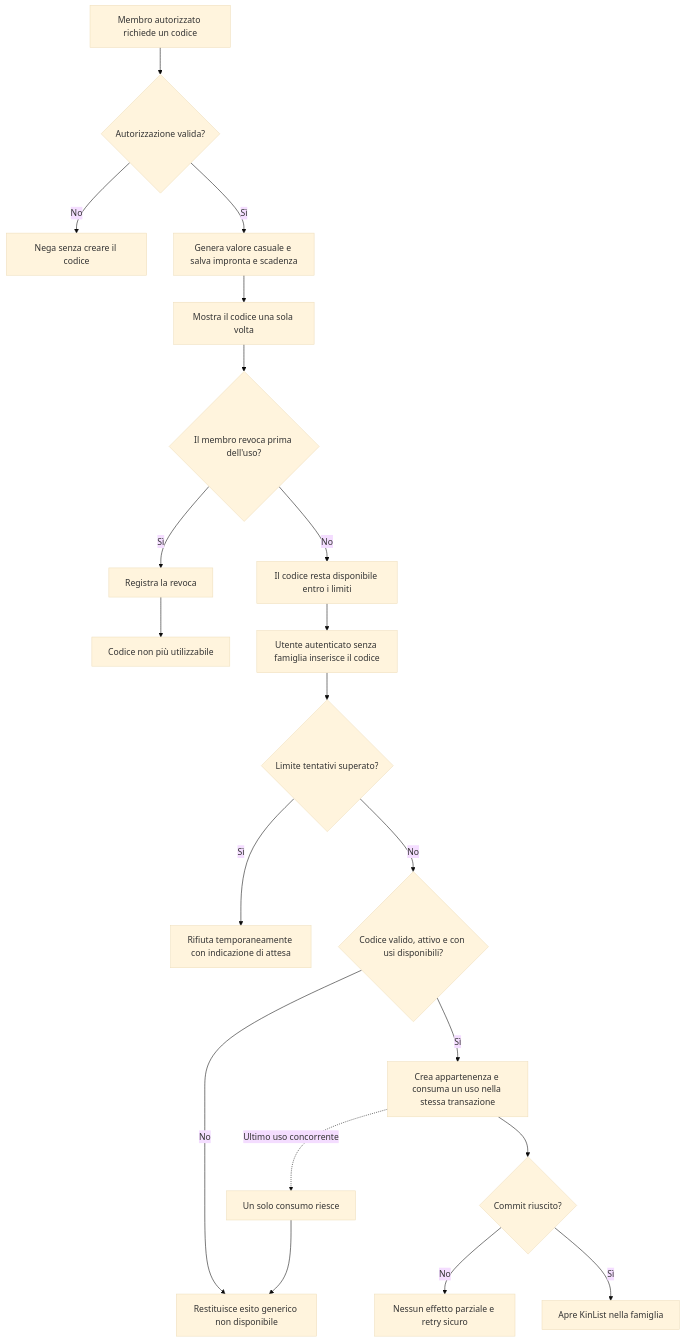
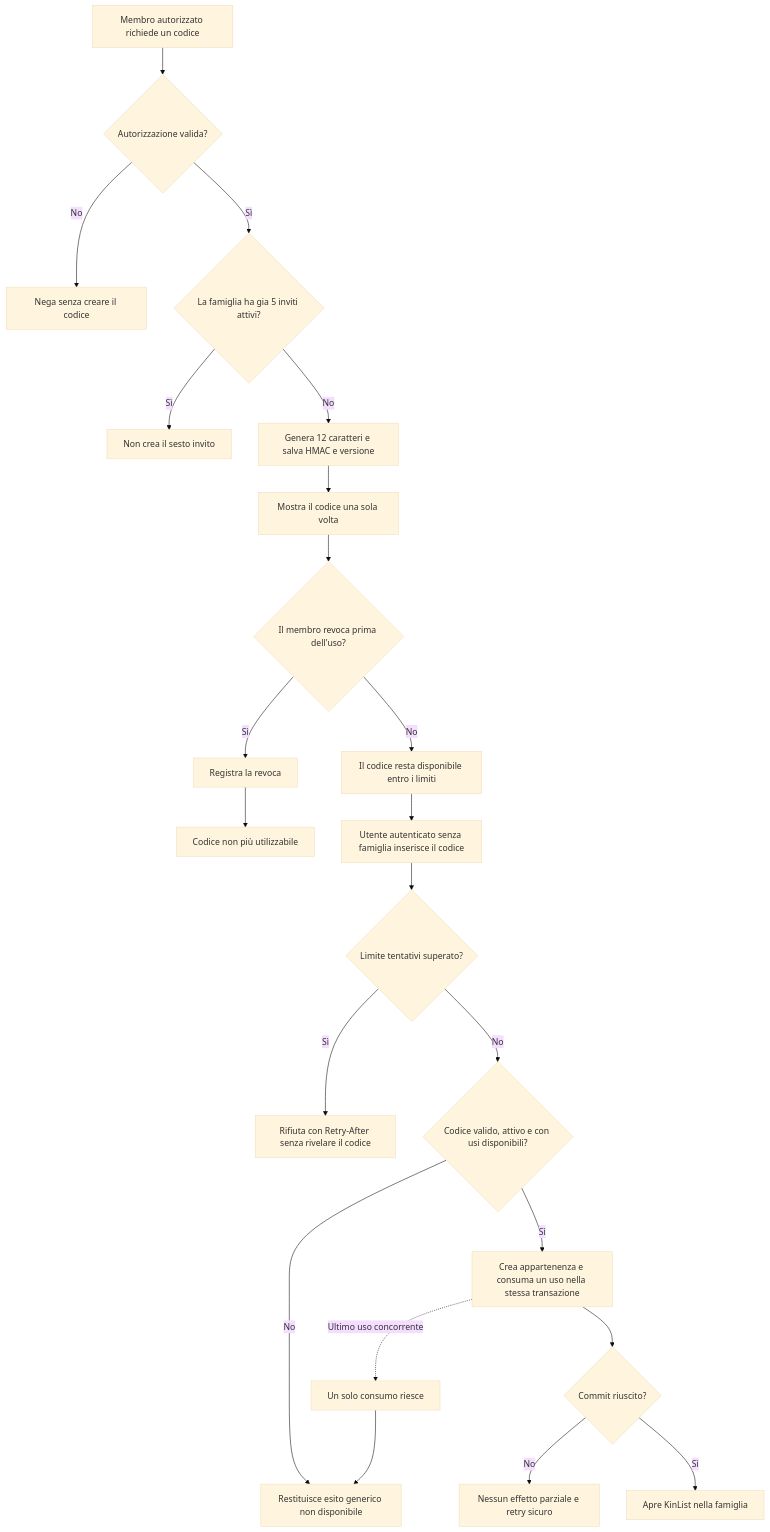
Before and after one commit to martinabruni/DA.KinHub: the diagram in docs/kinlist/research/tasks/family-invite-code/research.md, drawn with Mermaid (base theme). The commit also changed other lines of this file and 17 other files, not shown here.

````diff
--- a/docs/kinlist/research/tasks/family-invite-code/research.md
+++ b/docs/kinlist/research/tasks/family-invite-code/research.md
@@ -120,22 +124,24 @@
 ```mermaid
 flowchart TD
     A["Membro autorizzato richiede un codice"] --> B{"Autorizzazione valida?"}
     B -- No --> C["Nega senza creare il codice"]
-    B -- Sì --> D["Genera valore casuale e salva impronta e scadenza"]
+    B -- Sì --> C1{"La famiglia ha gia 5 inviti attivi?"}
+    C1 -- Sì --> C2["Non crea il sesto invito"]
+    C1 -- No --> D["Genera 12 caratteri e salva HMAC e versione"]
     D --> E["Mostra il codice una sola volta"]
     E --> F{"Il membro revoca prima dell'uso?"}
     F -- Sì --> G["Registra la revoca"]
     F -- No --> H["Il codice resta disponibile entro i limiti"]
     G --> Z["Codice non più utilizzabile"]
     H --> I["Utente autenticato senza famiglia inserisce il codice"]
     I --> J{"Limite tentativi superato?"}
-    J -- Sì --> K["Rifiuta temporaneamente con indicazione di attesa"]
+    J -- Sì --> K["Rifiuta con Retry-After senza rivelare il codice"]
     J -- No --> L{"Codice valido, attivo e con usi disponibili?"}
     L -- No --> M["Restituisce esito generico non disponibile"]
     L -- Sì --> N["Crea appartenenza e consuma un uso nella stessa transazione"]
     N --> O{"Commit riuscito?"}
     O -- No --> P["Nessun effetto parziale e retry sicuro"]
     O -- Sì --> Q["Apre KinList nella famiglia"]
     N -. "Ultimo uso concorrente" .-> R["Un solo consumo riesce"]
     R --> M
 ```
````
